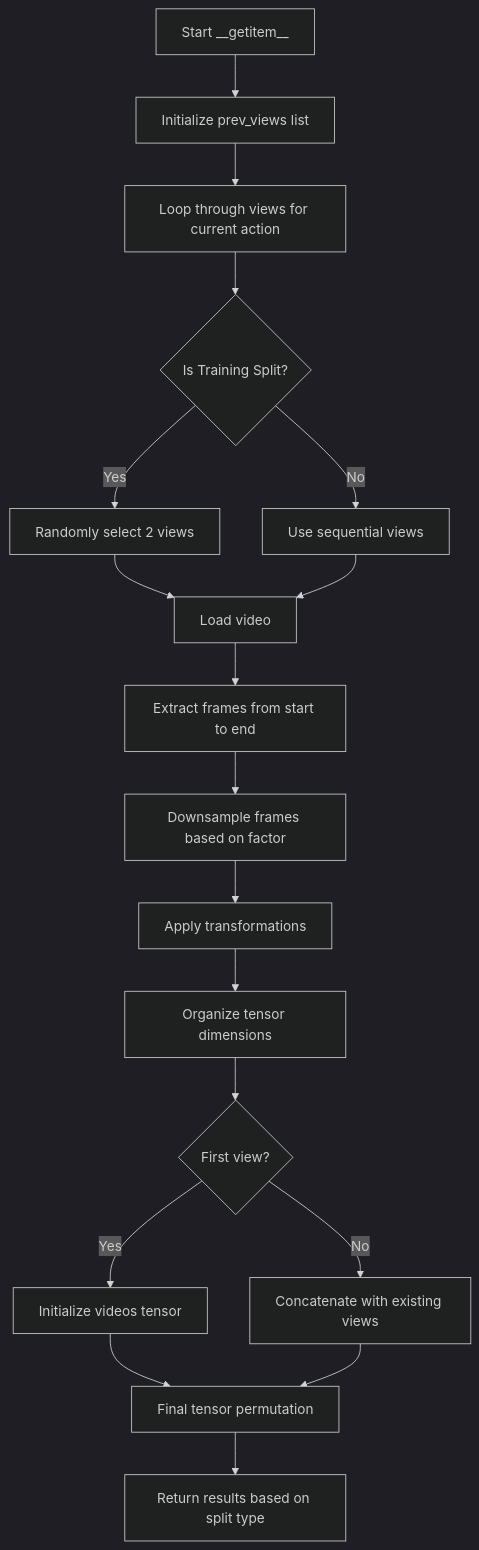
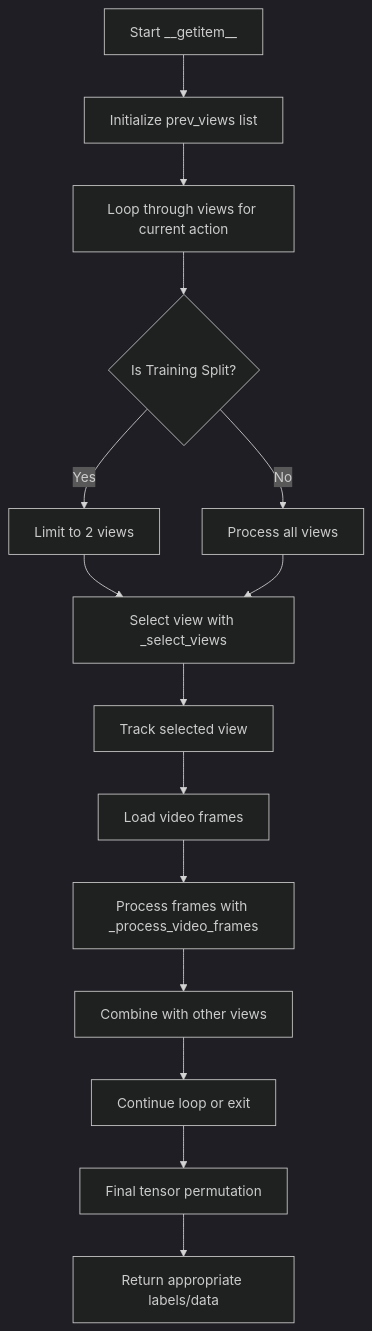
One commit to sergemalo/sn-mvfoul changed the diagram in VARS model/dataset.md. Above: the diagram before and after it, drawn with Mermaid (dark theme). The commit also changed other lines of this file, not shown here.

````diff
--- a/VARS model/dataset.md
+++ b/VARS model/dataset.md
@@ -22,20 +22,17 @@
 ```mermaid
 graph TD
     A[Start __getitem__] --> B[Initialize prev_views list]
     B --> C[Loop through views for current action]
     C --> D{Is Training Split?}
-    D -->|Yes| E[Randomly select 2 views]
-    D -->|No| F[Use sequential views]
-    E --> G[Load video]
+    D -->|Yes| E[Limit to 2 views]
+    D -->|No| F[Process all views]
+    E --> G[Select view with _select_views]
     F --> G
-    G --> H[Extract frames from start to end]
-    H --> I[Downsample frames based on factor]
-    I --> J[Apply transformations]
-    J --> K[Organize tensor dimensions]
-    K --> L{First view?}
-    L -->|Yes| M[Initialize videos tensor]
-    L -->|No| N[Concatenate with existing views]
-    M --> O[Final tensor permutation]
-    N --> O
-    O --> P[Return results based on split type]
+    G --> H[Track selected view]
+    H --> I[Load video frames]
+    I --> J[Process frames with _process_video_frames]
+    J --> K[Combine with other views]
+    K --> L[Continue loop or exit]
+    L --> M[Final tensor permutation]
+    M --> N[Return appropriate labels/data]
 ```
````
